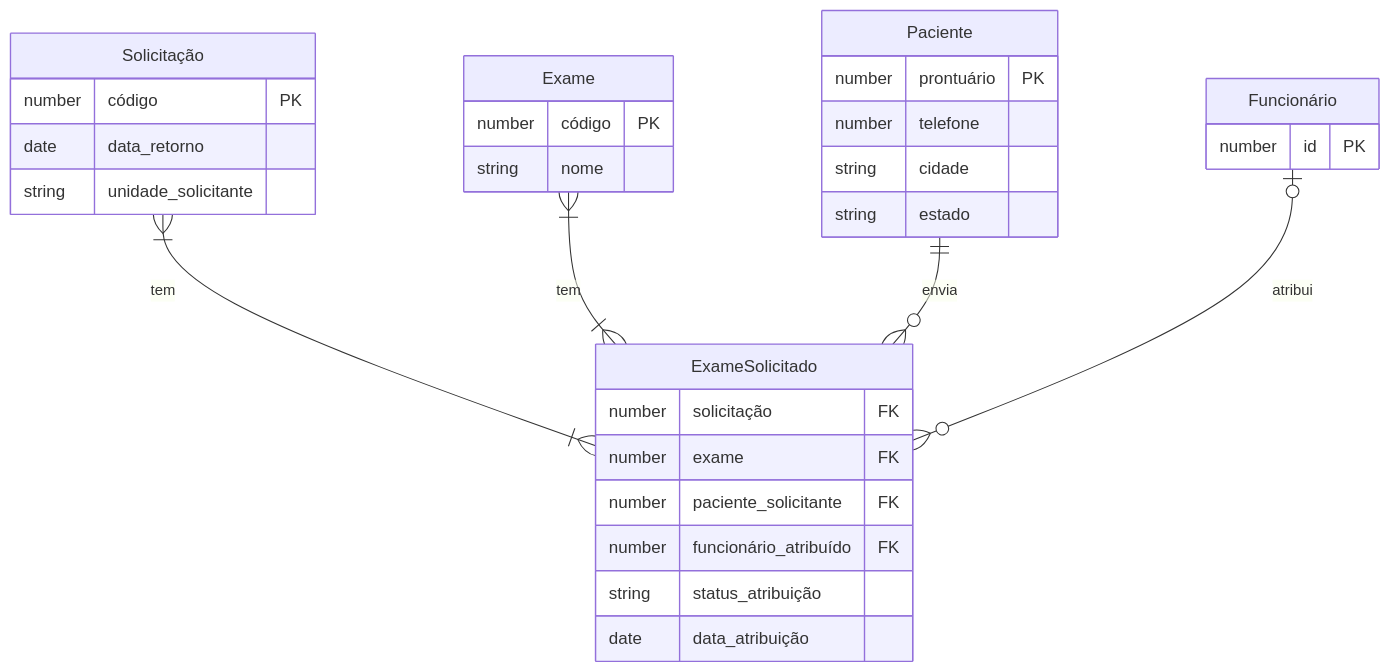
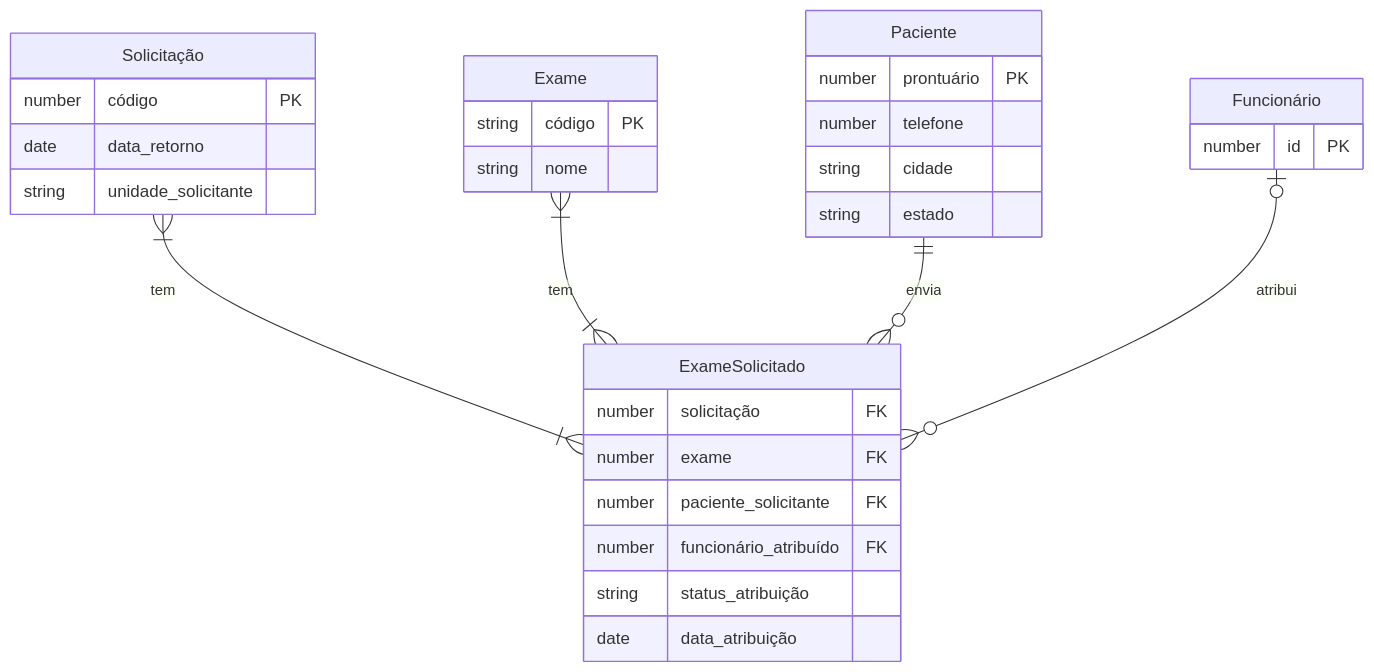
Before and after one commit to lgns-cin/marcacao-hc: the diagram in docs/spec/04-modelo-de-dados.md, drawn with Mermaid. The commit also changed other lines of this file, not shown here.

````diff
--- a/docs/spec/04-modelo-de-dados.md
+++ b/docs/spec/04-modelo-de-dados.md
@@ -4,39 +4,39 @@
 ```mermaid
 erDiagram
 	direction TB
 	Paciente {
 		number prontuário PK
 		number telefone 
 		string cidade  
 		string estado  
 	}
 
 	Solicitação {
 		number código PK
 		date data_retorno
 		string unidade_solicitante
 	}
 
 	Exame {
-		number código PK
+		string código PK
 		string nome
 	}
 
 	Funcionário {
 		number id PK
 	}
 
 	ExameSolicitado {
 		number solicitação FK
 		number exame FK
         number paciente_solicitante FK
         number funcionário_atribuído FK
         string status_atribuição
         date data_atribuição
 	}
 
 	Solicitação }|--|{ ExameSolicitado : "tem"
 	Exame }|--|{ ExameSolicitado : "tem"
 	Paciente ||--o{ ExameSolicitado : "envia"
     Funcionário |o--o{ ExameSolicitado : "atribui"
 ```
````
